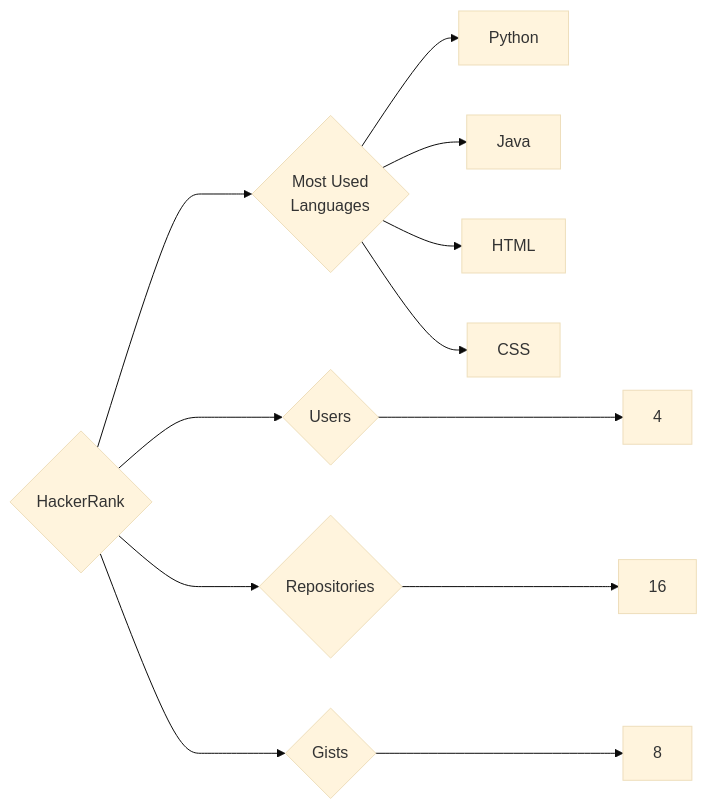
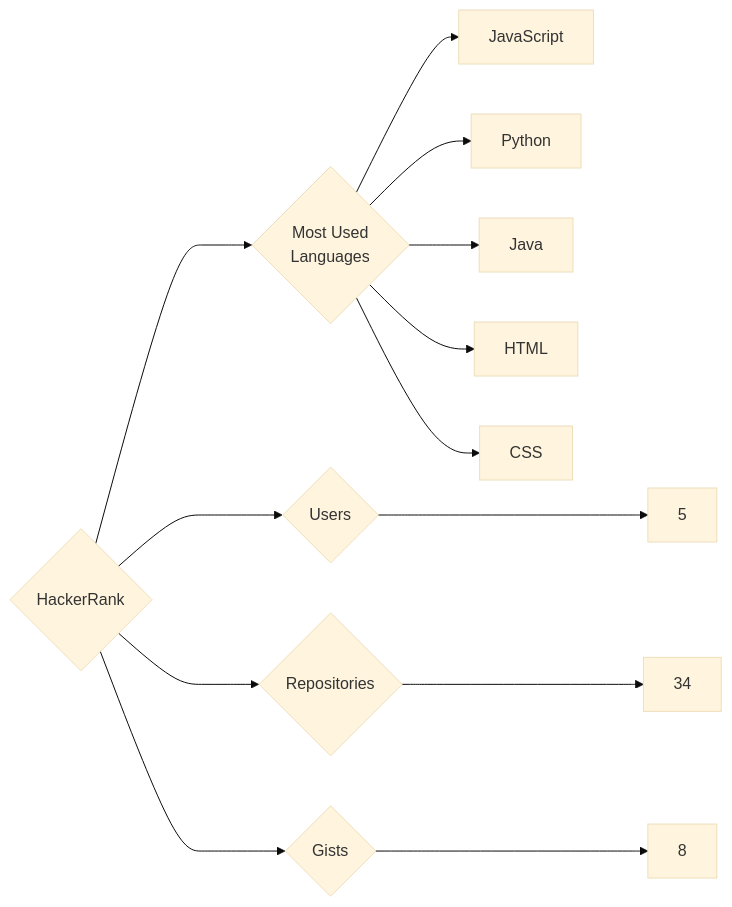
The diagram in targets/HackerRank/README.md (trickest/insiders), drawn with Mermaid (base theme) before and after one commit. The commit also changed 636 other files, not shown here.

````diff
--- a/targets/HackerRank/README.md
+++ b/targets/HackerRank/README.md
@@ -3,12 +3,13 @@
 ```mermaid
 graph LR
 COMPANY_NAME{HackerRank}
-COMPANY_NAME ---> U{Users} ---> UN[4]
-COMPANY_NAME ---> R{Repositories} ---> RN[16]
+COMPANY_NAME ---> U{Users} ---> UN[5]
+COMPANY_NAME ---> R{Repositories} ---> RN[34]
 COMPANY_NAME ---> G{Gists} ---> GN[8]
 COMPANY_NAME ---> ML{Most Used<br>Languages}
+ML --> JavaScript[JavaScript]
 ML --> Python[Python]
 ML --> Java[Java]
 ML --> HTML[HTML]
 ML --> CSS[CSS]
 ```
````
